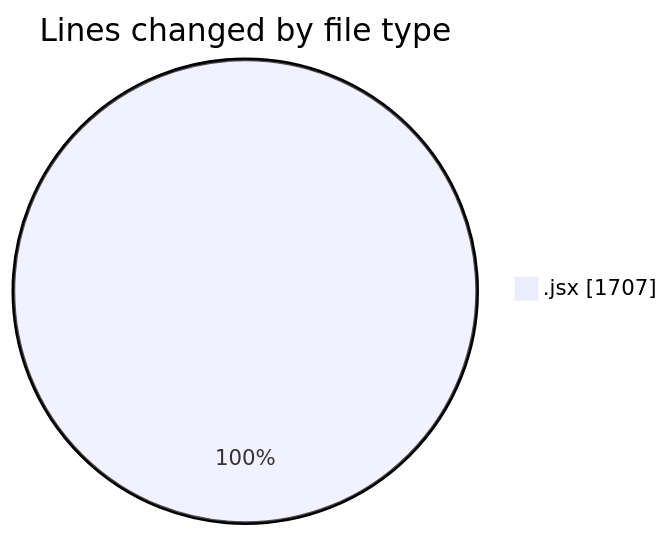
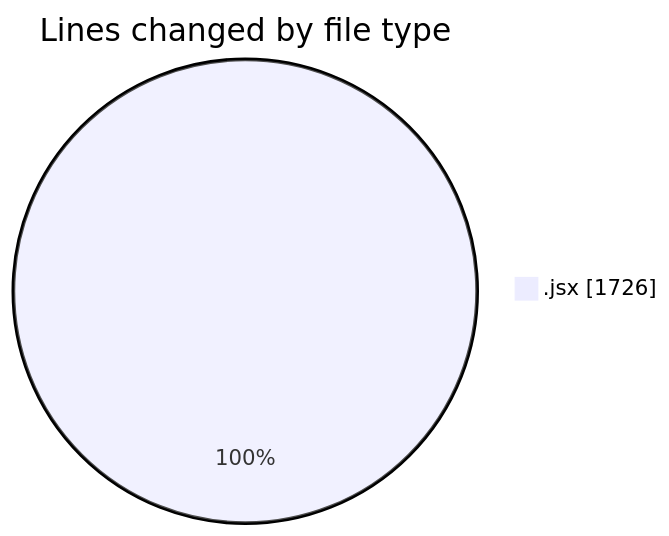
The first of 2 diagrams in 2026-11-22/nashik-misal-queue/README.md (nxtqubesakshisongat/code-tracking), drawn with Mermaid before and after one commit. The commit also changed other lines of this file and 1 other file, not shown here.

````diff
--- a/2026-11-22/nashik-misal-queue/README.md
+++ b/2026-11-22/nashik-misal-queue/README.md
@@ -21,5 +21,5 @@
 ```mermaid
 pie showData
 title Lines changed by file type
-".jsx" : 1707
+".jsx" : 1726
 ```
````
